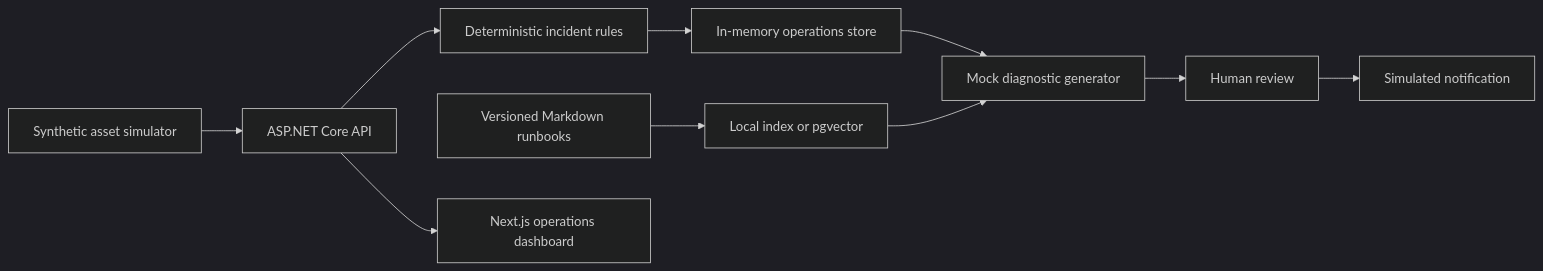
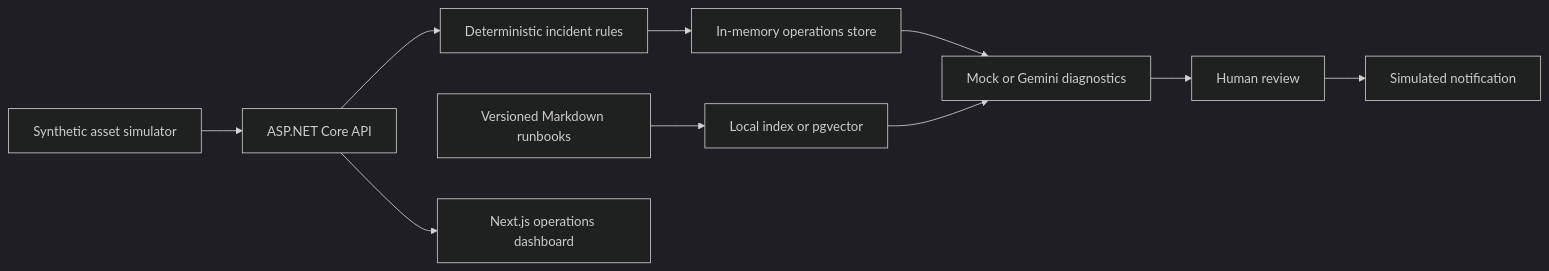
One commit to engmarconi/connected-operations-copilot changed the diagram in README.md. Above: the diagram before and after it, drawn with Mermaid (dark theme). The commit also changed other lines of this file and 7 other files, not shown here.

Commit message:
Add schema-constrained Gemini diagnostics

````diff
--- a/README.md
+++ b/README.md
@@ -35,12 +35,12 @@
 ```mermaid
 flowchart LR
     Simulator[Synthetic asset simulator] --> API[ASP.NET Core API]
     API --> Rules[Deterministic incident rules]
     Rules --> Store[In-memory operations store]
-    Store --> Diagnostic[Mock diagnostic generator]
+    Store --> Diagnostic[Mock or Gemini diagnostics]
     Runbooks[Versioned Markdown runbooks] --> Retrieval[Local index or pgvector]
     Retrieval --> Diagnostic
     Diagnostic --> Review[Human review]
     Review --> Action[Simulated notification]
     API --> Web[Next.js operations dashboard]
 ```
````
